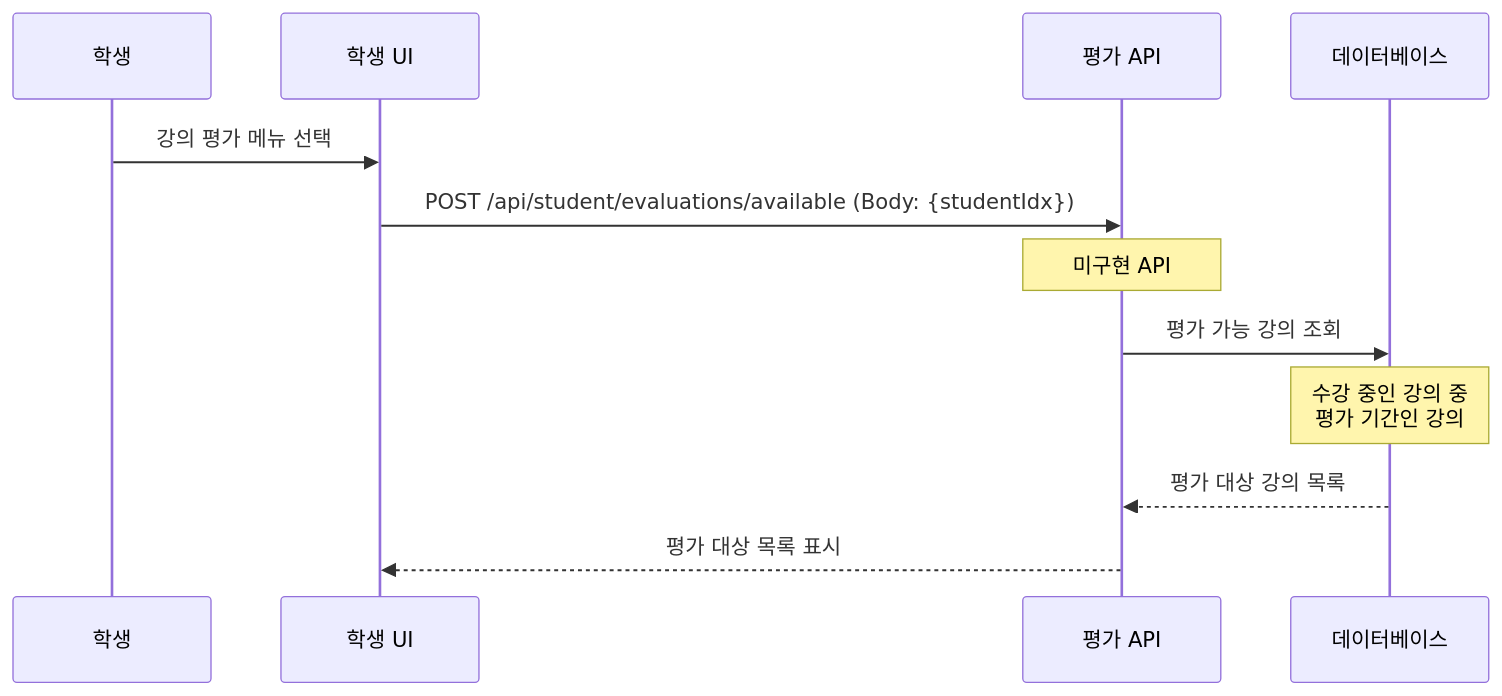
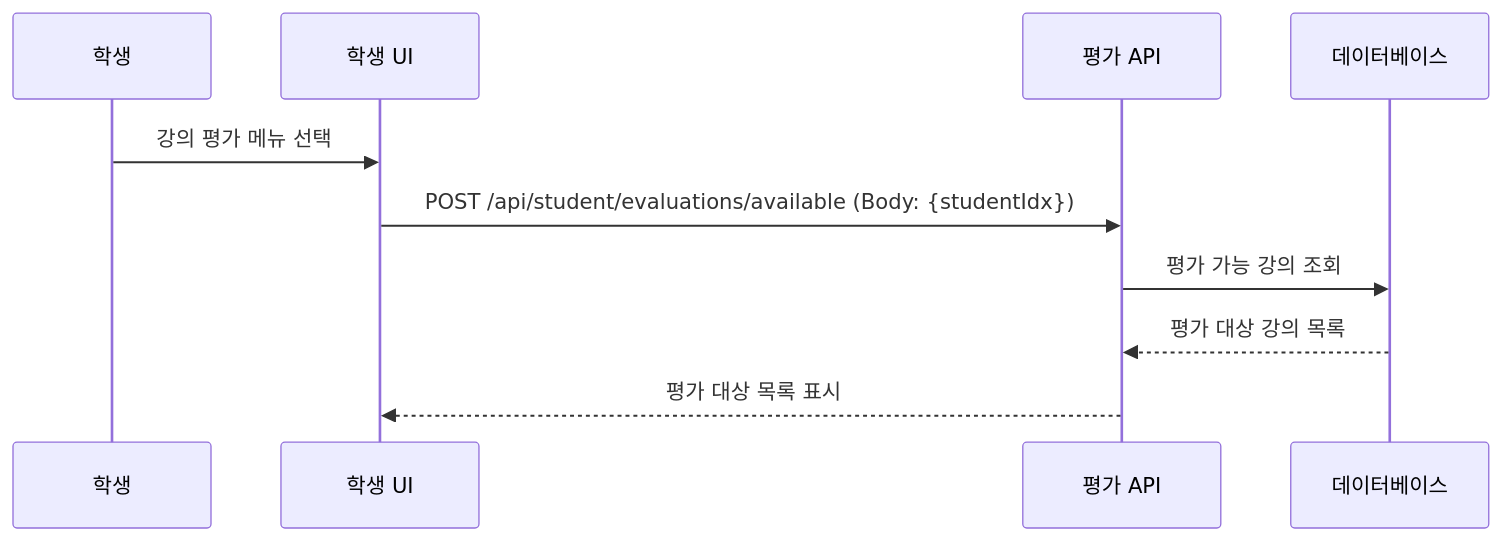
The ninth of 10 diagrams in backend/BlueCrab/docs/강의관련기능/06-학생플로우.md (hooting76/blue-crab-lms), drawn with Mermaid before and after one commit. The commit also changed other lines of this file and 19 other files, not shown here.

````diff
--- a/backend/BlueCrab/docs/강의관련기능/06-학생플로우.md
+++ b/backend/BlueCrab/docs/강의관련기능/06-학생플로우.md
@@ -241,15 +292,13 @@
 ```mermaid
 sequenceDiagram
     participant Student as 학생
     participant UI as 학생 UI
     participant API as 평가 API
     participant DB as 데이터베이스
 
     Student->>UI: 강의 평가 메뉴 선택
     UI->>API: POST /api/student/evaluations/available (Body: {studentIdx})
-    Note over API:  미구현 API
     API->>DB: 평가 가능 강의 조회
-    Note over DB: 수강 중인 강의 중<br/>평가 기간인 강의
     DB-->>API: 평가 대상 강의 목록
     API-->>UI: 평가 대상 목록 표시
 ```
````
